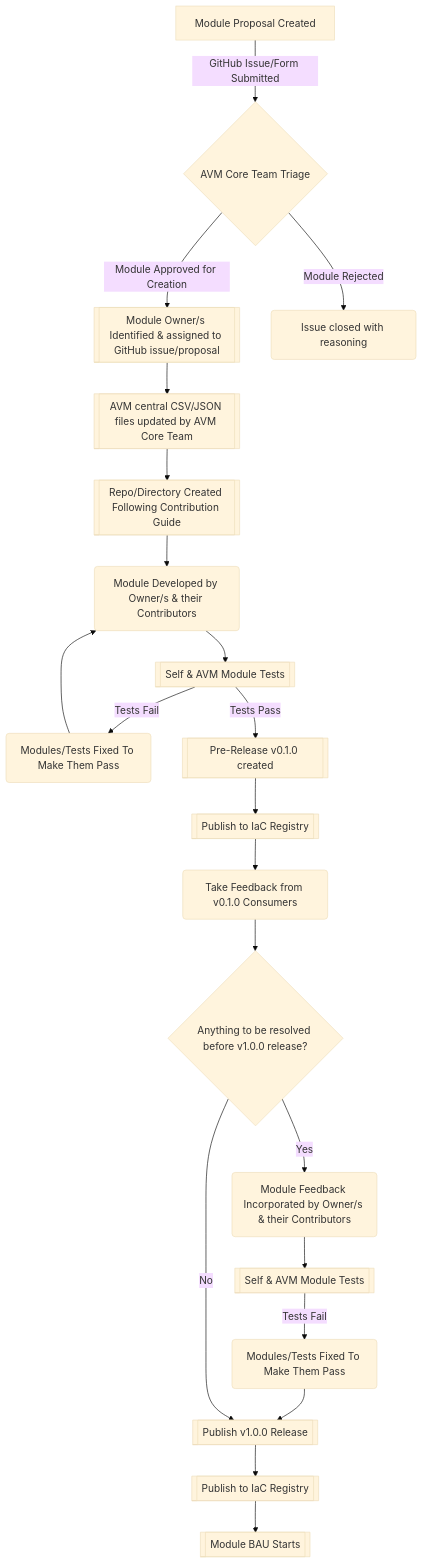
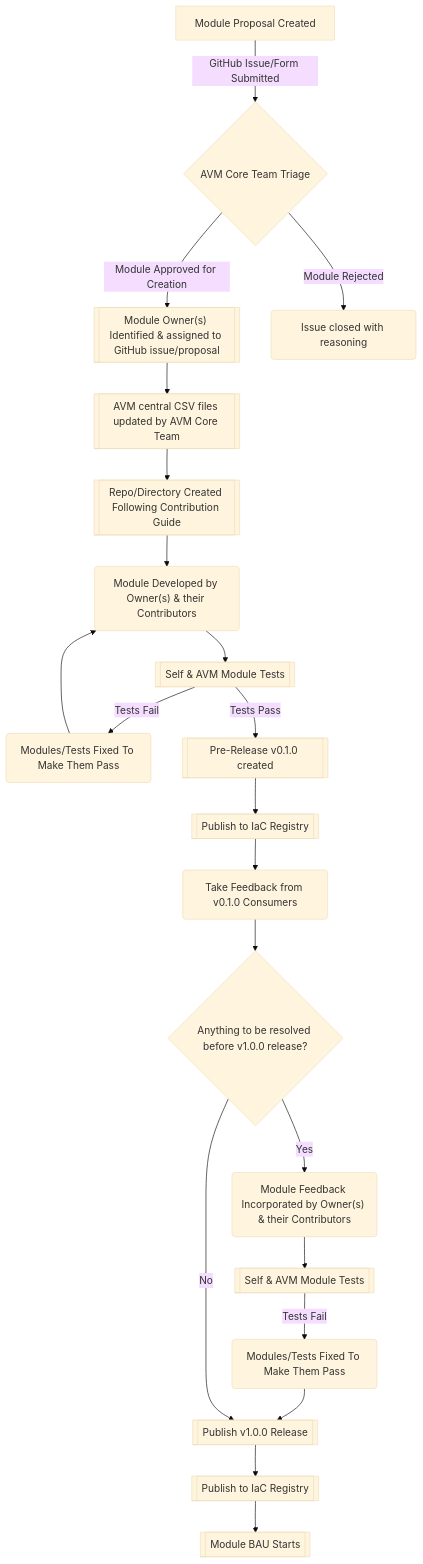
The diagram in docs/content/contributing/process.md (Azure/Azure-Verified-Modules), drawn with Mermaid (base theme) before and after one commit. The commit also changed other lines of this file and 8 other files, not shown here.

```diff
--- a/docs/content/contributing/process.md
+++ b/docs/content/contributing/process.md
@@ -14,23 +14,23 @@
 {{< mermaid class="text-center" >}}
 flowchart TD
     A[Module Proposal Created] -->|GitHub Issue/Form Submitted| B{AVM Core Team Triage}
-    B -->|Module Approved for Creation| C[[Module Owner/s Identified & assigned to GitHub issue/proposal ]]
+    B -->|Module Approved for Creation| C[["Module Owner(s) Identified & assigned to GitHub issue/proposal" ]]
     B -->|Module Rejected| D(Issue closed with reasoning)
-    C -->E[[AVM central CSV/JSON files updated by AVM Core Team]]
+    C -->E[[AVM central CSV files updated by AVM Core Team]]
     E -->E1[[Repo/Directory Created Following Contribution Guide]]
-    E1 -->F(Module Developed by Owner/s & their Contributors)
+    E1 -->F("Module Developed by Owner(s) & their Contributors")
     F -->G[[Self & AVM Module Tests]]
     G -->|Tests Fail|I(Modules/Tests Fixed To Make Them Pass)
     I -->F
     G -->|Tests Pass|J[[Pre-Release v0.1.0 created]]
     J -->K[[Publish to IaC Registry]]
     K -->L(Take Feedback from v0.1.0 Consumers)
     L -->M{Anything to be resolved before v1.0.0 release?}
-    M -->|Yes|FixPreV1(Module Feedback Incorporated by Owner/s & their Contributors)
+    M -->|Yes|FixPreV1("Module Feedback Incorporated by Owner(s) & their Contributors")
     FixPreV1 -->PreV1Tests[[Self & AVM Module Tests]]
     PreV1Tests -->|Tests Fail|PreV1TestsFix(Modules/Tests Fixed To Make Them Pass)
     PreV1TestsFix -->N
     M -->|No|N[[Publish v1.0.0 Release]]
     N -->O[[Publish to IaC Registry]]
     O -->P[[Module BAU Starts]]
 {{< /mermaid >}}
```
